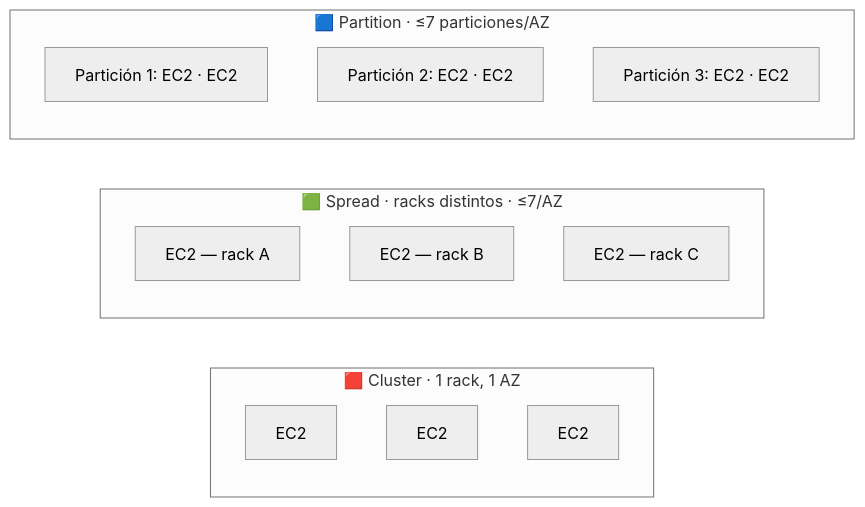
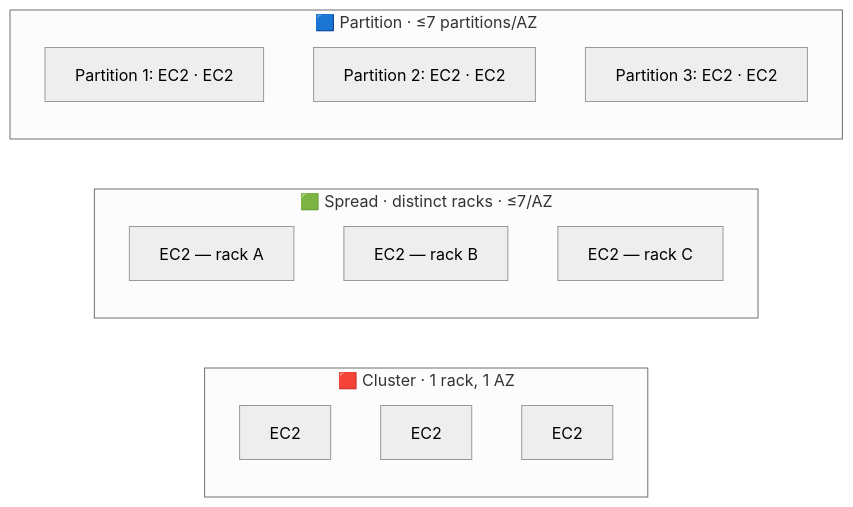
One commit to JuanCamiloSalas/certifications changed the diagram in SAA/cards/01-ec2-saa/01-placement-groups.md. Above: the diagram before and after it, drawn with Mermaid (neutral theme). The commit also changed other lines of this file and 4 other files, not shown here.

````diff
--- a/SAA/cards/01-ec2-saa/01-placement-groups.md
+++ b/SAA/cards/01-ec2-saa/01-placement-groups.md
@@ -41,21 +41,21 @@
 ```mermaid
 flowchart LR
     subgraph CLUSTER["🟥 Cluster · 1 rack, 1 AZ"]
         direction TB
         ca["EC2"]
         cb["EC2"]
         cc["EC2"]
     end
-    subgraph SPREAD["🟩 Spread · racks distintos · ≤7/AZ"]
+    subgraph SPREAD["🟩 Spread · distinct racks · ≤7/AZ"]
         direction TB
         sa["EC2 — rack A"]
         sb["EC2 — rack B"]
         sc["EC2 — rack C"]
     end
-    subgraph PARTITION["🟦 Partition · ≤7 particiones/AZ"]
+    subgraph PARTITION["🟦 Partition · ≤7 partitions/AZ"]
         direction TB
-        pa["Partición 1: EC2 · EC2"]
-        pb["Partición 2: EC2 · EC2"]
-        pc["Partición 3: EC2 · EC2"]
+        pa["Partition 1: EC2 · EC2"]
+        pb["Partition 2: EC2 · EC2"]
+        pc["Partition 3: EC2 · EC2"]
     end
 ```
````
